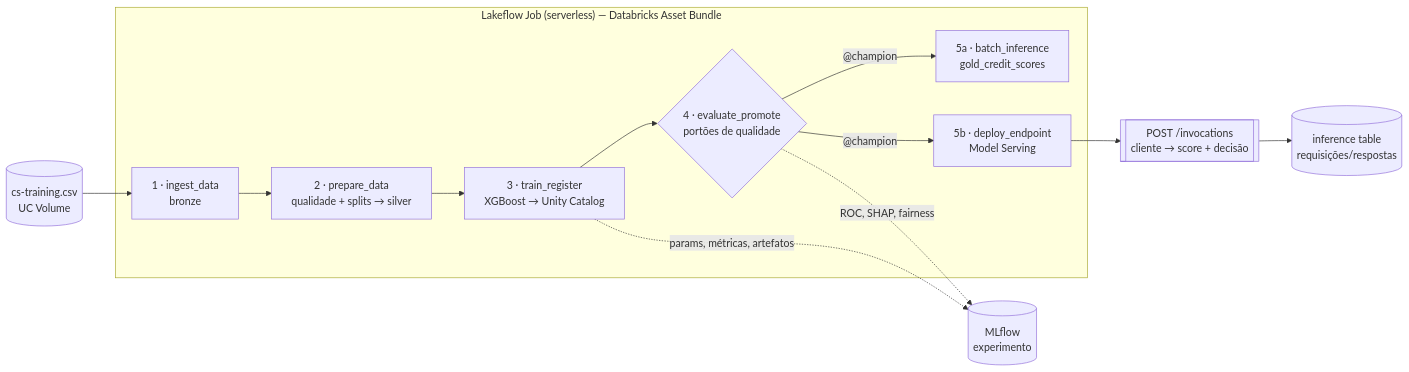
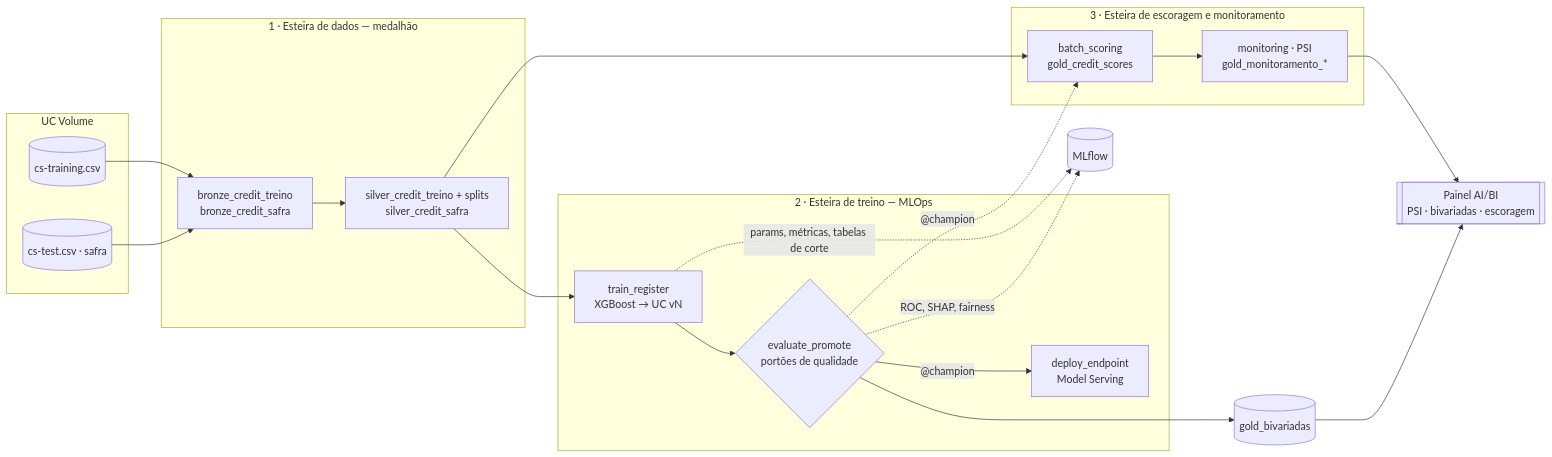
The diagram in README.md (iurymk/score_credito_dtb), drawn with Mermaid before and after one commit. The commit also changed other lines of this file and 34 other files, not shown here.

First line of the commit message:
Tres esteiras (dados, treino, escoragem), monitoramento PSI e painel

````diff
--- a/README.md
+++ b/README.md
@@ -26,17 +32,31 @@
 ```mermaid
 flowchart LR
-    CSV[(cs-training.csv<br/>UC Volume)] --> T1
-
-    subgraph JOB["Lakeflow Job (serverless) — Databricks Asset Bundle"]
-        T1[1 · ingest_data<br/>bronze] --> T2[2 · prepare_data<br/>qualidade + splits → silver]
-        T2 --> T3[3 · train_register<br/>XGBoost → Unity Catalog]
-        T3 --> T4{4 · evaluate_promote<br/>portões de qualidade}
-        T4 -->|"@champion"| T5[5a · batch_inference<br/>gold_credit_scores]
-        T4 -->|"@champion"| T6[5b · deploy_endpoint<br/>Model Serving]
+    subgraph VOL["UC Volume"]
+        CSV1[(cs-training.csv)]
+        CSV2[(cs-test.csv · safra)]
     end
 
-    T3 -. params, métricas, artefatos .-> MLF[(MLflow<br/>experimento)]
-    T4 -. ROC, SHAP, fairness .-> MLF
-    T6 --> API[["POST /invocations<br/>cliente → score + decisão"]]
-    API --> INF[(inference table<br/>requisições/respostas)]
+    subgraph DADOS["1 · Esteira de dados — medalhão"]
+        B[bronze_credit_treino<br/>bronze_credit_safra] --> S[silver_credit_treino + splits<br/>silver_credit_safra]
+    end
+
+    subgraph TREINO["2 · Esteira de treino — MLOps"]
+        T[train_register<br/>XGBoost → UC vN] --> E{evaluate_promote<br/>portões de qualidade}
+        E -->|"@champion"| EP[deploy_endpoint<br/>Model Serving]
+    end
+
+    subgraph ESC["3 · Esteira de escoragem e monitoramento"]
+        BS[batch_scoring<br/>gold_credit_scores] --> M[monitoring · PSI<br/>gold_monitoramento_*]
+    end
+
+    CSV1 --> B
+    CSV2 --> B
+    S --> T
+    S --> BS
+    E -. "@champion" .-> BS
+    E --> BIV[(gold_bivariadas)]
+    M --> DASH[[Painel AI/BI<br/>PSI · bivariadas · escoragem]]
+    BIV --> DASH
+    T -. params, métricas, tabelas de corte .-> MLF[(MLflow)]
+    E -. ROC, SHAP, fairness .-> MLF
 ```
````
